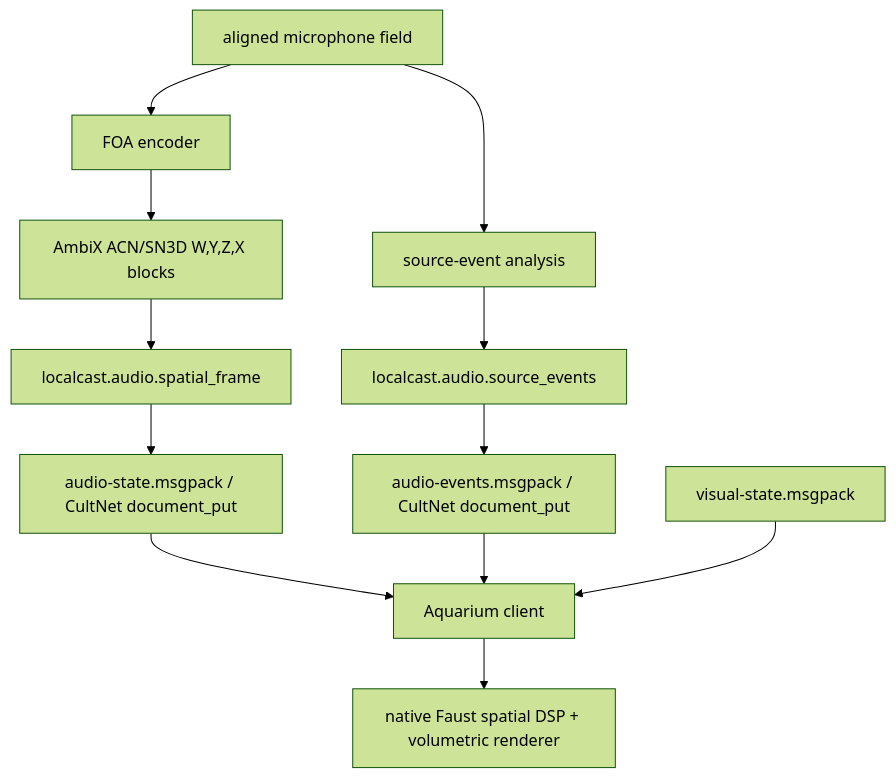
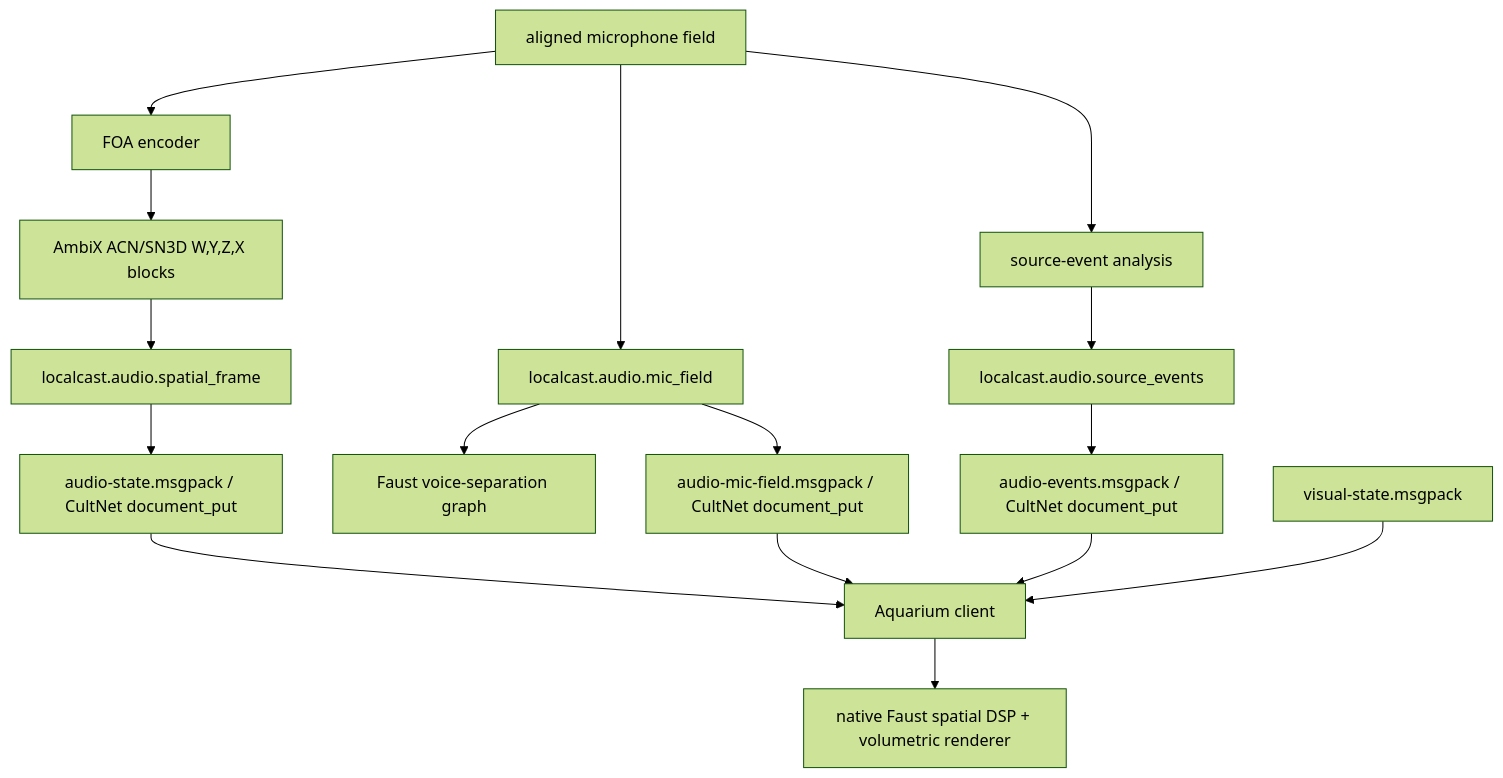
The diagram in docs/aquarium-spatial-audio.md (GameCult/Mimir), drawn with Mermaid (forest theme) before and after one commit. The commit also changed other lines of this file and 11 other files, not shown here.

Commit message:
Publish aligned mic field for Faust separation

````diff
--- a/docs/aquarium-spatial-audio.md
+++ b/docs/aquarium-spatial-audio.md
@@ -9,14 +9,18 @@
 ```mermaid
 flowchart TD
     A["aligned microphone field"] --> B["FOA encoder"]
     B --> C["AmbiX ACN/SN3D W,Y,Z,X blocks"]
     C --> D["localcast.audio.spatial_frame"]
+    A --> M["localcast.audio.mic_field"]
+    M --> N["Faust voice-separation graph"]
     A --> H["source-event analysis"]
     H --> I["localcast.audio.source_events"]
     D --> E["audio-state.msgpack / CultNet document_put"]
+    M --> O["audio-mic-field.msgpack / CultNet document_put"]
     I --> J["audio-events.msgpack / CultNet document_put"]
     E --> F["Aquarium client"]
+    O --> F
     J --> F
     K["visual-state.msgpack"] --> F
     F --> G["native Faust spatial DSP + volumetric renderer"]
 ```
````
